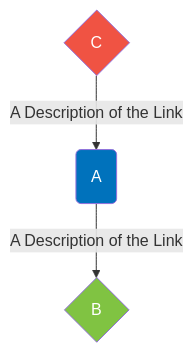
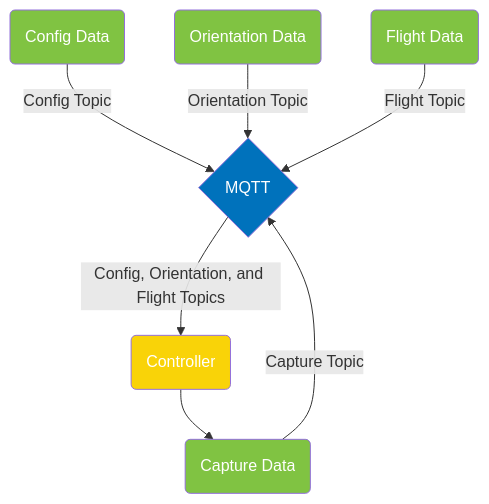
The diagram in README.md (IQTLabs/edgetech-axis-ptz-controller), drawn with Mermaid before and after one commit. The commit also changed other lines of this file, not shown here.

Commit message:
Update introduction paragraphs, and add diagram

````diff
--- a/README.md
+++ b/README.md
@@ -102,11 +118,18 @@
 ```mermaid 
 
 flowchart TD
-    A(A) -- A Description of the Link --> B{B}
-    C{C} -- A Description of the Link --> A(A)
+    configdata(Config Data) -- Config Topic --> mqtt{MQTT}
+    orientationdata(Orientation Data) -- Orientation Topic --> mqtt{MQTT}
+    flightdata(Flight Data) -- Flight Topic --> mqtt{MQTT}
+    mqtt{MQTT} -- Config, Orientation, and Flight Topics --> controller(Controller)
+    controller(Controller) --> capturedata(Capture Data)
+    capturedata(Capture Data) -- Capture Topic --> mqtt{MQTT}
 
-style A fill:#0072bc,color:#ffffff
-style B fill:#80c342,color:#ffffff
-style C fill:#f05343,color:#ffffff
+style mqtt fill:#0072bc,color:#ffffff
+style configdata fill:#80c342,color:#ffffff
+style orientationdata fill:#80c342,color:#ffffff
+style flightdata fill:#80c342,color:#ffffff
+style controller fill:#F9D308,color:#ffffff
+style capturedata fill:#80c342,color:#ffffff
 
 ```
````
